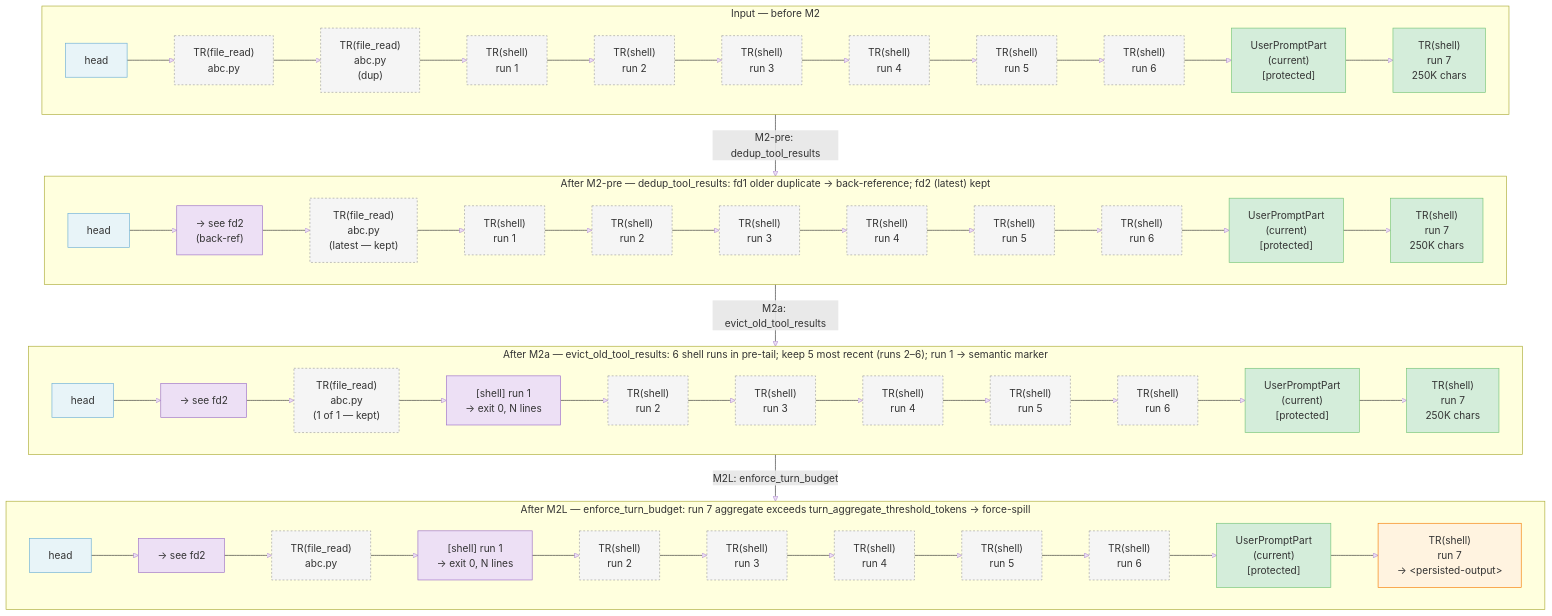
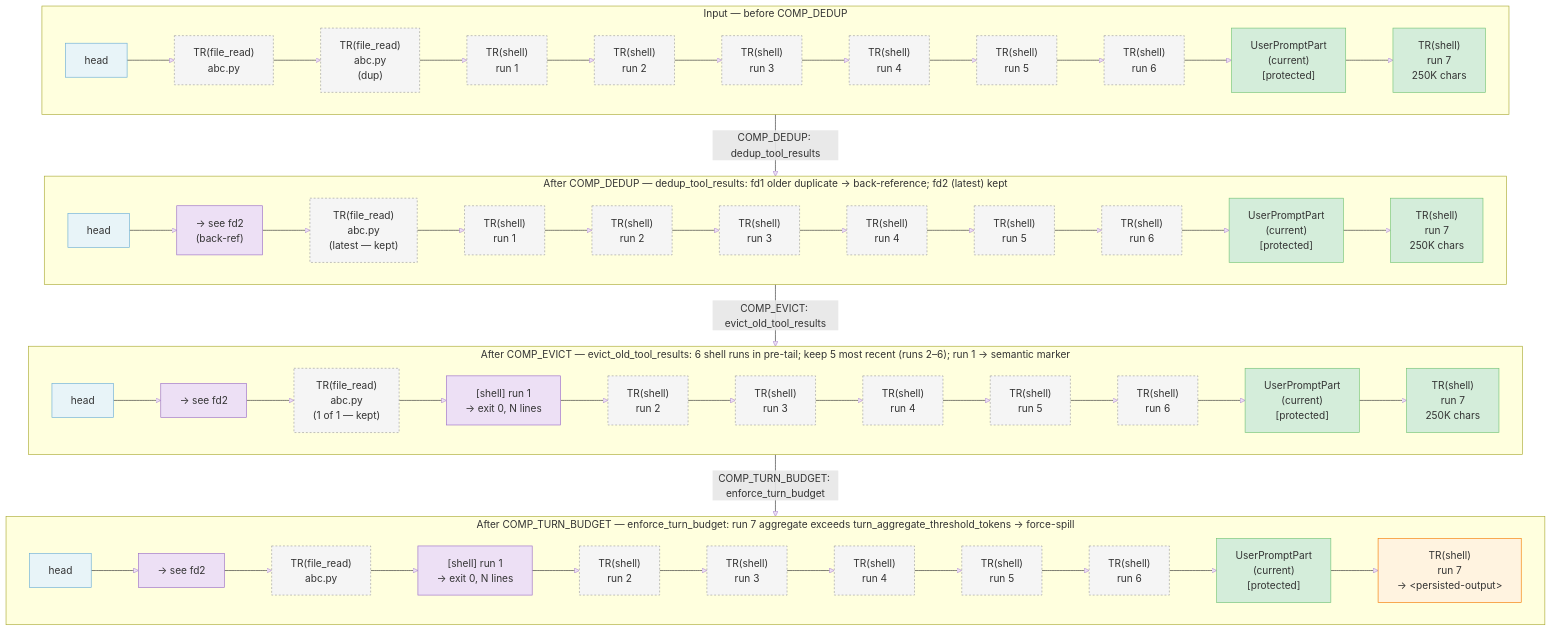
The third of 7 diagrams in docs/specs/compaction.md (binlecode/co-cli), drawn with Mermaid before and after one commit. The commit also changed other lines of this file, not shown here.

First line of the commit message:
docs(compaction): replace M-labels with meaningful COMP_* CAPWORDs throughout spec

````diff
--- a/docs/specs/compaction.md
+++ b/docs/specs/compaction.md
@@ -121,42 +121,42 @@
 ```mermaid
 flowchart TD
-    subgraph Raw["Input — before M2"]
+    subgraph Raw["Input — before COMP_DEDUP"]
         direction LR
         r_h["head"]:::head --> r_fd1["TR(file_read)\nabc.py"]:::prior --> r_fd2["TR(file_read)\nabc.py\n(dup)"]:::prior --> r_s1["TR(shell)\nrun 1"]:::prior --> r_s2["TR(shell)\nrun 2"]:::prior --> r_s3["TR(shell)\nrun 3"]:::prior --> r_s4["TR(shell)\nrun 4"]:::prior --> r_s5["TR(shell)\nrun 5"]:::prior --> r_s6["TR(shell)\nrun 6"]:::prior --> r_sep["UserPromptPart\n(current)\n[protected]"]:::tail --> r_s7["TR(shell)\nrun 7\n250K chars"]:::tail
     end
 
-    subgraph AfterDedup["After M2-pre — dedup_tool_results: fd1 older duplicate → back-reference; fd2 (latest) kept"]
+    subgraph AfterDedup["After COMP_DEDUP — dedup_tool_results: fd1 older duplicate → back-reference; fd2 (latest) kept"]
         direction LR
         d_h["head"]:::head --> d_fd1["→ see fd2\n(back-ref)"]:::marker --> d_fd2["TR(file_read)\nabc.py\n(latest — kept)"]:::prior --> d_s1["TR(shell)\nrun 1"]:::prior --> d_s2["TR(shell)\nrun 2"]:::prior --> d_s3["TR(shell)\nrun 3"]:::prior --> d_s4["TR(shell)\nrun 4"]:::prior --> d_s5["TR(shell)\nrun 5"]:::prior --> d_s6["TR(shell)\nrun 6"]:::prior --> d_sep["UserPromptPart\n(current)\n[protected]"]:::tail --> d_s7["TR(shell)\nrun 7\n250K chars"]:::tail
     end
 
-    subgraph AfterTrunc["After M2a — evict_old_tool_results: 6 shell runs in pre-tail; keep 5 most recent (runs 2–6); run 1 → semantic marker"]
+    subgraph AfterTrunc["After COMP_EVICT — evict_old_tool_results: 6 shell runs in pre-tail; keep 5 most recent (runs 2–6); run 1 → semantic marker"]
         direction LR
         t_h["head"]:::head --> t_fd1["→ see fd2"]:::marker --> t_fd2["TR(file_read)\nabc.py\n(1 of 1 — kept)"]:::prior --> t_s1["[shell] run 1\n→ exit 0, N lines"]:::marker --> t_s2["TR(shell)\nrun 2"]:::prior --> t_s3["TR(shell)\nrun 3"]:::prior --> t_s4["TR(shell)\nrun 4"]:::prior --> t_s5["TR(shell)\nrun 5"]:::prior --> t_s6["TR(shell)\nrun 6"]:::prior --> t_sep["UserPromptPart\n(current)\n[protected]"]:::tail --> t_s7["TR(shell)\nrun 7\n250K chars"]:::tail
     end
 
-    subgraph AfterBatch["After M2L — enforce_turn_budget: run 7 aggregate exceeds turn_aggregate_threshold_tokens → force-spill"]
+    subgraph AfterBatch["After COMP_TURN_BUDGET — enforce_turn_budget: run 7 aggregate exceeds turn_aggregate_threshold_tokens → force-spill"]
         direction LR
         b_h["head"]:::head --> b_fd1["→ see fd2"]:::marker --> b_fd2["TR(file_read)\nabc.py"]:::prior --> b_s1["[shell] run 1\n→ exit 0, N lines"]:::marker --> b_s2["TR(shell)\nrun 2"]:::prior --> b_s3["TR(shell)\nrun 3"]:::prior --> b_s4["TR(shell)\nrun 4"]:::prior --> b_s5["TR(shell)\nrun 5"]:::prior --> b_s6["TR(shell)\nrun 6"]:::prior --> b_sep["UserPromptPart\n(current)\n[protected]"]:::tail --> b_s7["TR(shell)\nrun 7\n→ &lt;persisted-output&gt;"]:::syspr
     end
 
-    Raw -->|"M2-pre: dedup_tool_results"| AfterDedup
-    AfterDedup -->|"M2a: evict_old_tool_results"| AfterTrunc
-    AfterTrunc -->|"M2L: enforce_turn_budget"| AfterBatch
+    Raw -->|"COMP_DEDUP: dedup_tool_results"| AfterDedup
+    AfterDedup -->|"COMP_EVICT: evict_old_tool_results"| AfterTrunc
+    AfterTrunc -->|"COMP_TURN_BUDGET: enforce_turn_budget"| AfterBatch
 
     classDef syspr fill:#fff3e0,stroke:#f57c00
     classDef head fill:#e8f4f8,stroke:#6baed6
     classDef prior fill:#f5f5f5,stroke:#9e9e9e,stroke-dasharray:3 3
     classDef marker fill:#ede0f5,stroke:#9c6fc7
     classDef meta fill:#f0f0f0,stroke:#aaa
     classDef tail fill:#d4edda,stroke:#74c476
 
     class r_h,d_h,t_h,b_h head
     class r_fd1,r_fd2,r_s1,r_s2,r_s3,r_s4,r_s5,r_s6 prior
     class r_sep,r_s7,d_sep,d_s7,t_sep,t_s7,b_sep tail
     class d_fd1,t_fd1,b_fd1,t_s1,b_s1 marker
     class d_fd2,d_s1,d_s2,d_s3,d_s4,d_s5,d_s6 prior
     class t_fd2,t_s2,t_s3,t_s4,t_s5,t_s6 prior
     class b_fd2,b_s2,b_s3,b_s4,b_s5,b_s6 prior
     class b_s7 syspr
 ```
````
